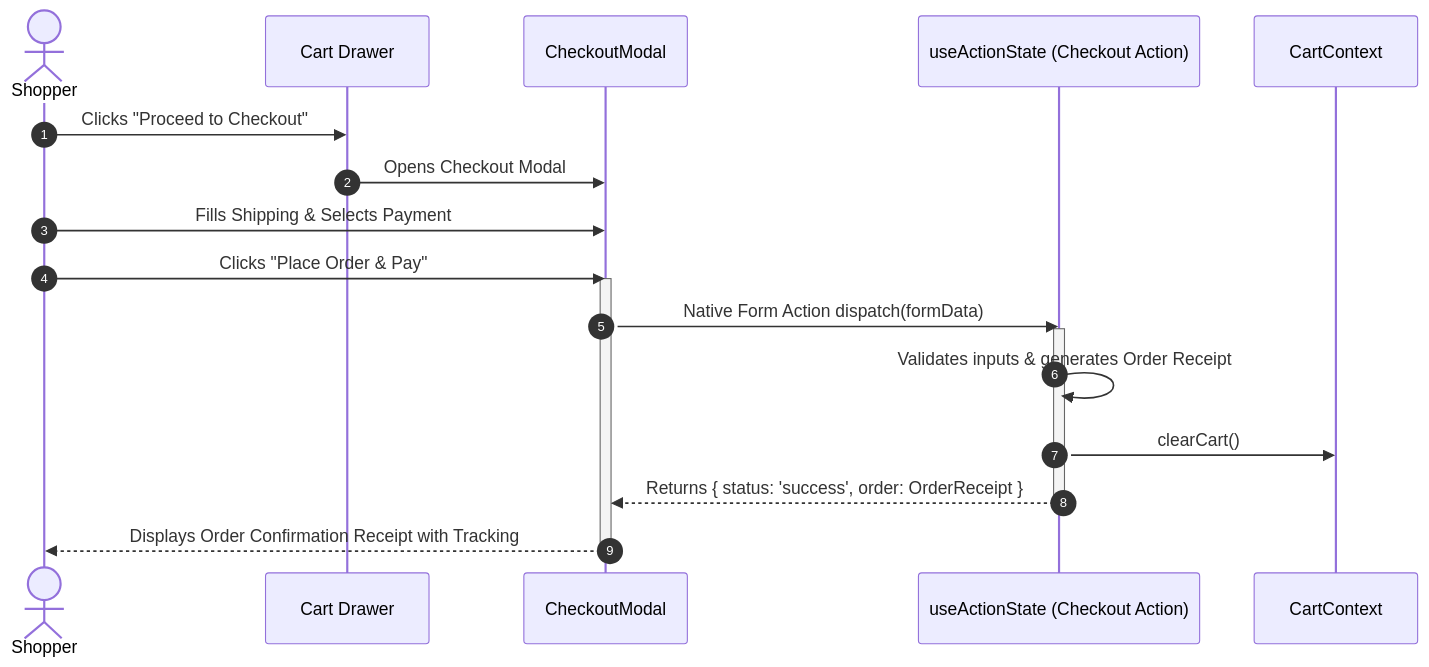
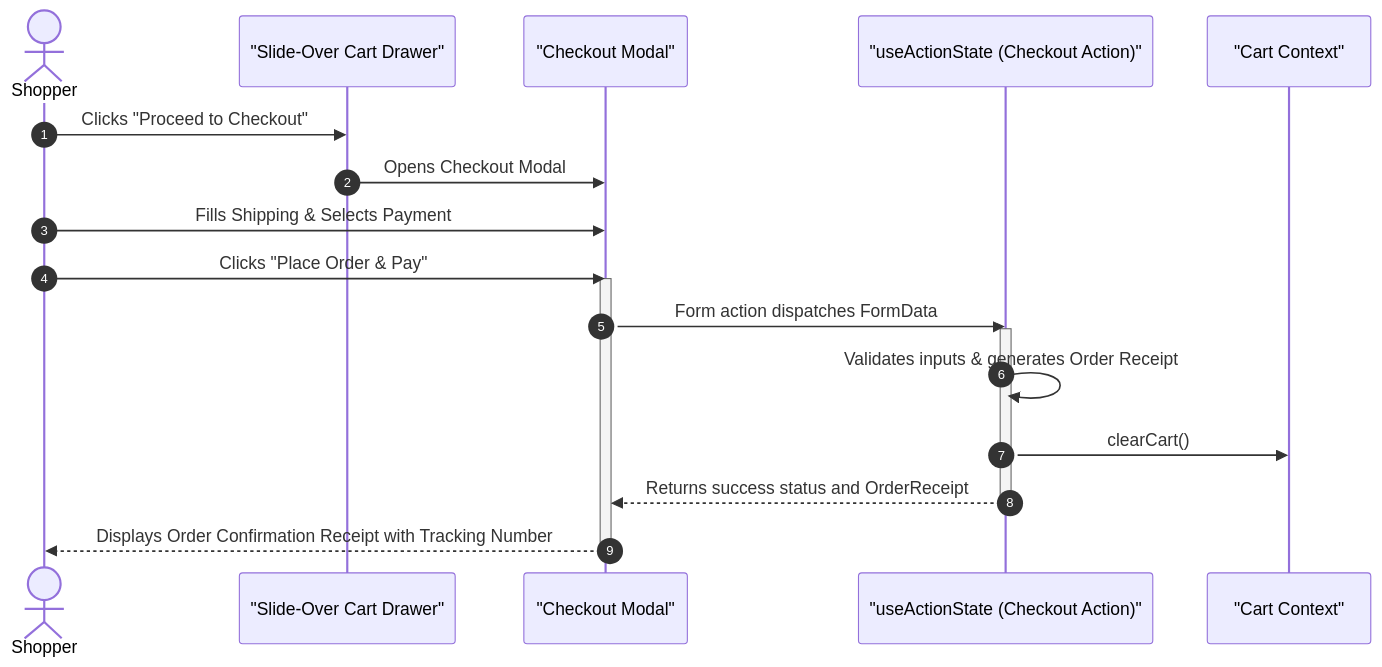
Before and after one commit to udhai-kumar/EazyKart: the third of 5 diagrams in README.md, drawn with Mermaid. The commit also changed other lines of this file, not shown here.

Commit message:
docs: simplify and clean up architecture diagrams and component labels in README.md

````diff
--- a/README.md
+++ b/README.md
@@ -93,25 +93,25 @@
 ```mermaid
 sequenceDiagram
   autonumber
   actor User as Shopper
-  participant Drawer as Cart Drawer
-  participant Modal as CheckoutModal
-  participant FormAction as useActionState (Checkout Action)
-  participant CartCtx as CartContext
+  participant Drawer as "Slide-Over Cart Drawer"
+  participant Modal as "Checkout Modal"
+  participant FormAction as "useActionState (Checkout Action)"
+  participant CartCtx as "Cart Context"
 
   User->>Drawer: Clicks "Proceed to Checkout"
   Drawer->>Modal: Opens Checkout Modal
   User->>Modal: Fills Shipping & Selects Payment
   User->>Modal: Clicks "Place Order & Pay"
 
   activate Modal
-  Modal->>FormAction: Native Form Action dispatch(formData)
+  Modal->>FormAction: Form action dispatches FormData
   activate FormAction
   FormAction->>FormAction: Validates inputs & generates Order Receipt
   FormAction->>CartCtx: clearCart()
-  FormAction-->>Modal: Returns { status: 'success', order: OrderReceipt }
+  FormAction-->>Modal: Returns success status and OrderReceipt
   deactivate FormAction
 
-  Modal-->>User: Displays Order Confirmation Receipt with Tracking #
+  Modal-->>User: Displays Order Confirmation Receipt with Tracking Number
   deactivate Modal
 ```
````
